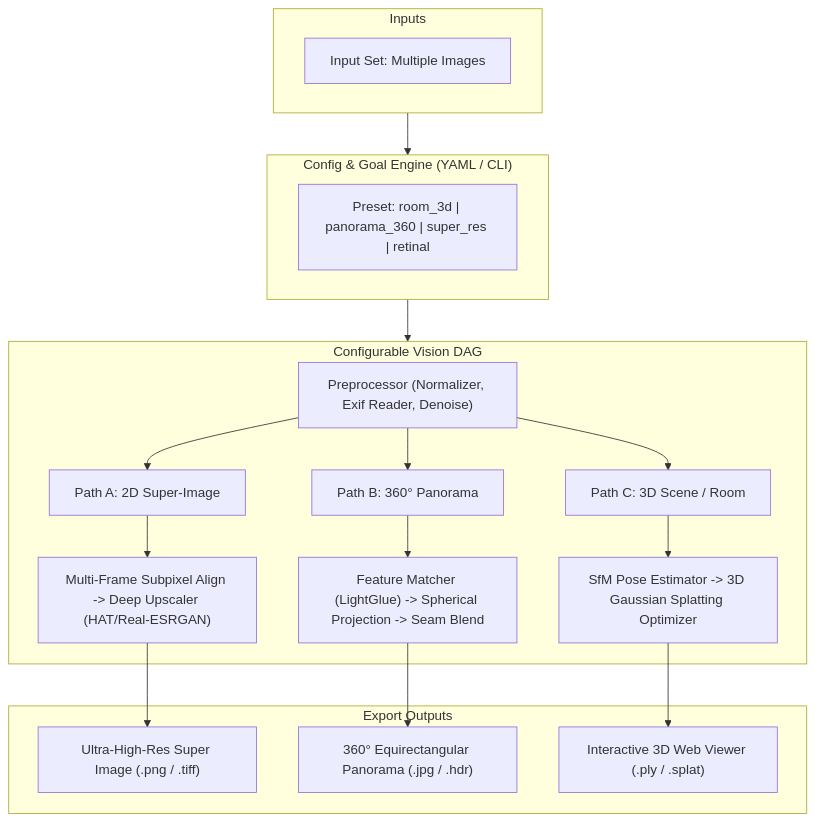
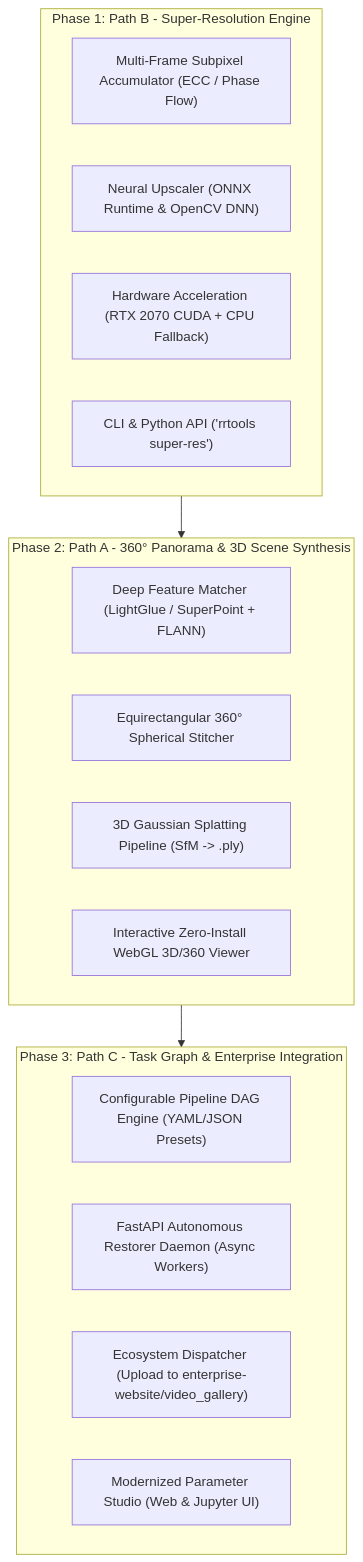
Before and after one commit to davtoh/RRtools: the diagram in frontier_vision_modernization_roadmap.md, drawn with Mermaid. The commit also changed other lines of this file, not shown here.

Commit message:
doc: vision mothernization plan v2

````diff
--- a/frontier_vision_modernization_roadmap.md
+++ b/frontier_vision_modernization_roadmap.md
@@ -116,35 +41,26 @@
 ```mermaid
 graph TD
-    subgraph Inputs
-        I1["Input Set: Multiple Images"]
+    subgraph Phase_1 ["Phase 1: Path B - Super-Resolution Engine"]
+        M1["Multi-Frame Subpixel Accumulator (ECC / Phase Flow)"]
+        M2["Neural Upscaler (ONNX Runtime & OpenCV DNN)"]
+        M3["Hardware Acceleration (RTX 2070 CUDA + CPU Fallback)"]
+        M4["CLI & Python API ('rrtools super-res')"]
     end
 
-    subgraph Config_Selector ["Config & Goal Engine (YAML / CLI)"]
-        C["Preset: room_3d | panorama_360 | super_res | retinal"]
+    subgraph Phase_2 ["Phase 2: Path A - 360° Panorama & 3D Scene Synthesis"]
+        P1["Deep Feature Matcher (LightGlue / SuperPoint + FLANN)"]
+        P2["Equirectangular 360° Spherical Stitcher"]
+        P3["3D Gaussian Splatting Pipeline (SfM -> .ply)"]
+        P4["Interactive Zero-Install WebGL 3D/360 Viewer"]
     end
 
-    subgraph Pipeline_DAG ["Configurable Vision DAG"]
-        P1["Preprocessor (Normalizer, Exif Reader, Denoise)"]
-        
-        P2A["Path A: 2D Super-Image"]
-        P2B["Path B: 360° Panorama"]
-        P2C["Path C: 3D Scene / Room"]
-
-        P1 --> P2A
-        P1 --> P2B
-        P1 --> P2C
-
-        P2A --> R1["Multi-Frame Subpixel Align -> Deep Upscaler (HAT/Real-ESRGAN)"]
-        P2B --> R2["Feature Matcher (LightGlue) -> Spherical Projection -> Seam Blend"]
-        P2C --> R3["SfM Pose Estimator -> 3D Gaussian Splatting Optimizer"]
+    subgraph Phase_3 ["Phase 3: Path C - Task Graph & Enterprise Integration"]
+        C1["Configurable Pipeline DAG Engine (YAML/JSON Presets)"]
+        C2["FastAPI Autonomous Restorer Daemon (Async Workers)"]
+        C3["Ecosystem Dispatcher (Upload to enterprise-website/video_gallery)"]
+        C4["Modernized Parameter Studio (Web & Jupyter UI)"]
     end
 
-    subgraph Deliverables ["Export Outputs"]
-        R1 --> O1["Ultra-High-Res Super Image (.png / .tiff)"]
-        R2 --> O2["360° Equirectangular Panorama (.jpg / .hdr)"]
-        R3 --> O3["Interactive 3D Web Viewer (.ply / .splat)"]
-    end
-
-    Inputs --> Config_Selector
-    Config_Selector --> Pipeline_DAG
+    Phase_1 --> Phase_2
+    Phase_2 --> Phase_3
 ```
````
